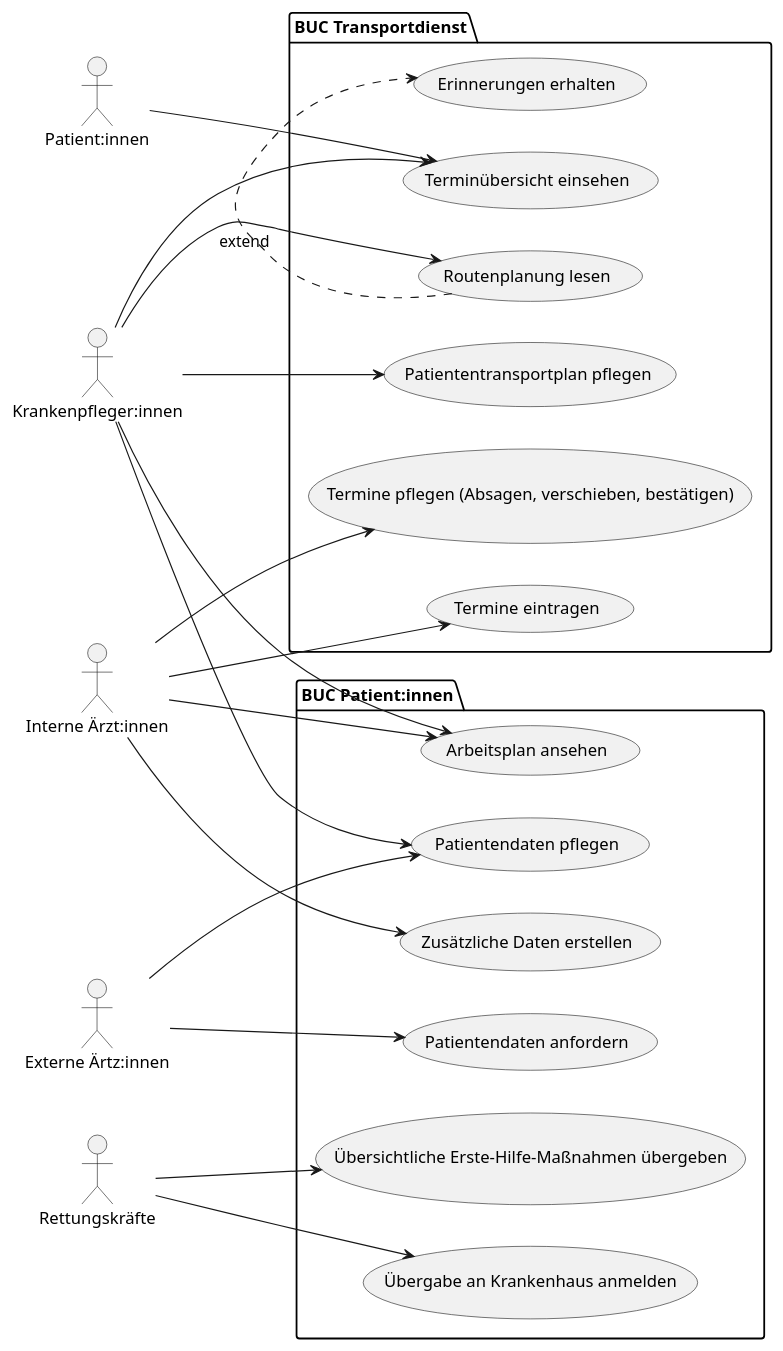
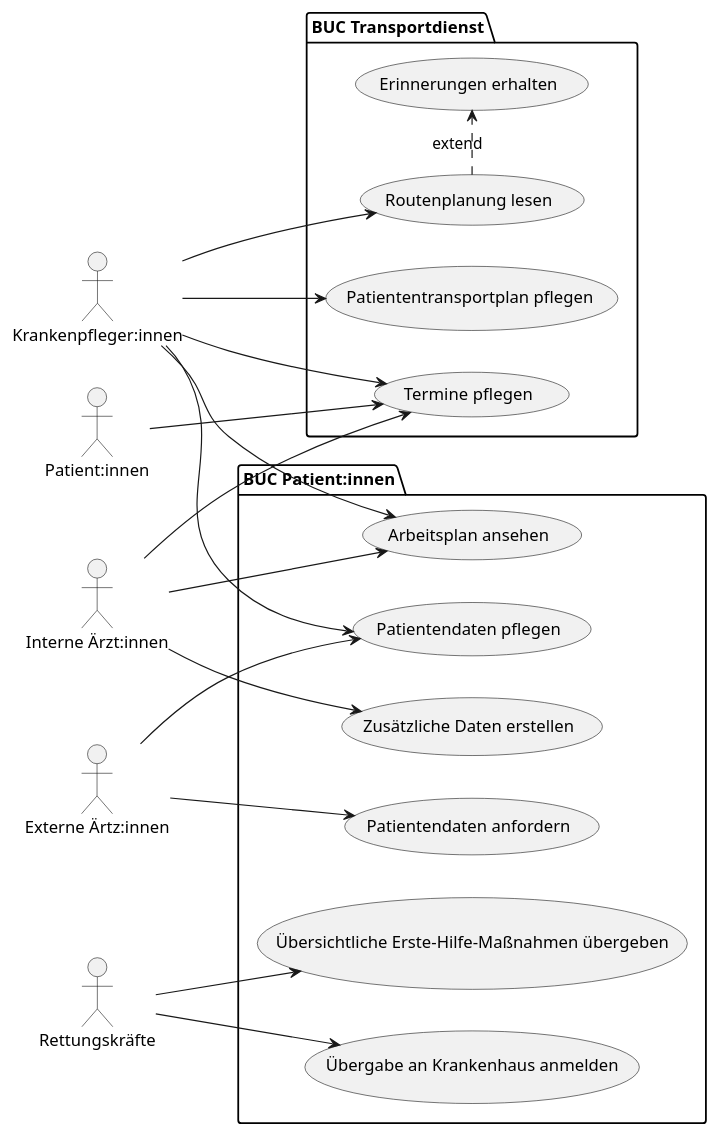
Before and after one commit to helenlaible/ss23-kba-project: the first of 14 diagrams in docs/2_planning/1_business_use_cases.md, drawn with PlantUML. The commit also changed other lines of this file, not shown here.

````diff
--- a/docs/2_planning/1_business_use_cases.md
+++ b/docs/2_planning/1_business_use_cases.md
@@ -5,52 +5,49 @@
 ```plantuml BUC Interne & externe Ärzte, Krankenpfleger und Rettungskräfte --
 left to right direction
 
 actor "Krankenpfleger:innen" as nurse
 actor "Interne Ärzt:innen" as int_docs
 actor "Rettungskräfte" as rescue
 actor "Externe Ärtz:innen" as ext_docs
 actor "Patient:innen" as patients
 
 package "BUC Patient:innen" {
   usecase "Arbeitsplan ansehen" as UC1
   usecase "Patientendaten pflegen" as UC2
   usecase "Zusätzliche Daten erstellen" as UC3
 
   usecase "Übersichtliche Erste-Hilfe-Maßnahmen übergeben" as UC4
   usecase "Übergabe an Krankenhaus anmelden" as UC5
 
   usecase "Patientendaten anfordern" as UC6
 }
 
 nurse --> UC1
 nurse --> UC2
 
 int_docs --> UC1
 int_docs --> UC3
 
 rescue --> UC4
 rescue --> UC5
 
 ext_docs --> UC6
 ext_docs --> UC2
 
 
 package "BUC Transportdienst" {
   usecase "Patiententransportplan pflegen" as TUC1
   usecase "Routenplanung lesen" as TUC2
   usecase "Erinnerungen erhalten" as TUC3
-  usecase "Termine eintragen" as TUC4
-  usecase "Termine pflegen (Absagen, verschieben, bestätigen)" as TUC5
-  usecase "Terminübersicht einsehen" as TUC6
+  usecase "Termine pflegen" as TUC4
 }
 
 nurse --> TUC1
 nurse --> TUC2
-nurse --> TUC6
+nurse --> TUC4
 (TUC2) .> (TUC3) : extend
 
-int_docs -->  TUC4
-int_docs --> TUC5
+int_docs --> TUC4
 
-patients --> TUC6
+patients --> TUC4
 ```
````
